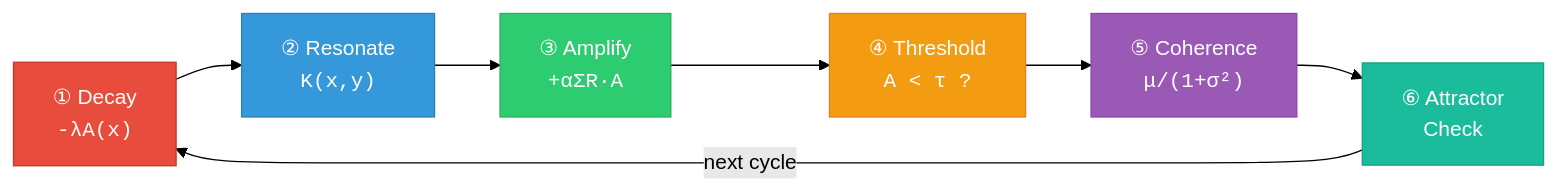
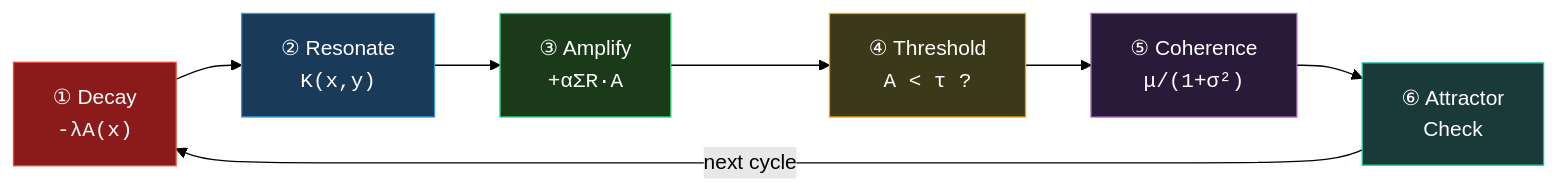
One commit to Samuele95/neos changed the sixth of 8 diagrams in README.md. Above: the diagram before and after it, drawn with Mermaid (forest theme). The commit also changed other lines of this file and 6 other files, not shown here.

````diff
--- a/README.md
+++ b/README.md
@@ -320,16 +469,16 @@
 ```mermaid
 graph LR
     D["① Decay<br/><code>-λA(x)</code>"] --> R["② Resonate<br/><code>K(x,y)</code>"]
     R --> A["③ Amplify<br/><code>+αΣR·A</code>"]
     A --> T["④ Threshold<br/><code>A < τ ?</code>"]
     T --> C["⑤ Coherence<br/><code>μ/(1+σ²)</code>"]
     C --> AT["⑥ Attractor<br/>Check"]
     AT -->|"next cycle"| D
 
-    style D fill:#e74c3c,stroke:#c0392b,color:#fff
-    style R fill:#3498db,stroke:#2980b9,color:#fff
-    style A fill:#2ecc71,stroke:#27ae60,color:#fff
-    style T fill:#f39c12,stroke:#e67e22,color:#fff
-    style C fill:#9b59b6,stroke:#8e44ad,color:#fff
-    style AT fill:#1abc9c,stroke:#16a085,color:#fff
+    style D fill:#8b1a1a,stroke:#e74c3c,color:#fff
+    style R fill:#1a3a5a,stroke:#3498db,color:#fff
+    style A fill:#1a3a1a,stroke:#2ecc71,color:#fff
+    style T fill:#3a3a1a,stroke:#f39c12,color:#fff
+    style C fill:#2a1a3a,stroke:#9b59b6,color:#fff
+    style AT fill:#1a3a3a,stroke:#1abc9c,color:#fff
 ```
````
